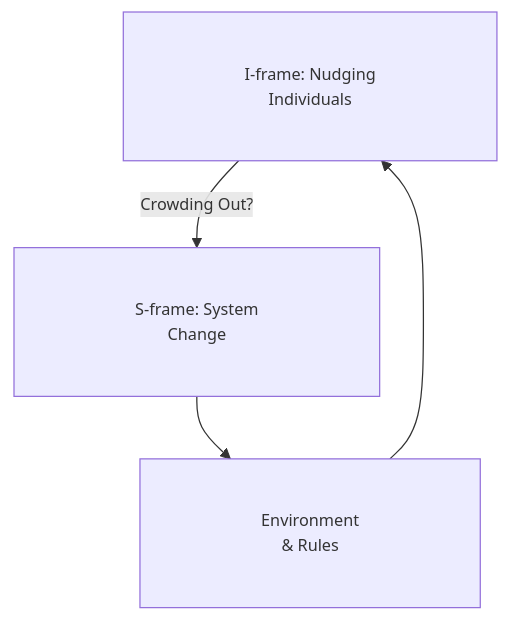
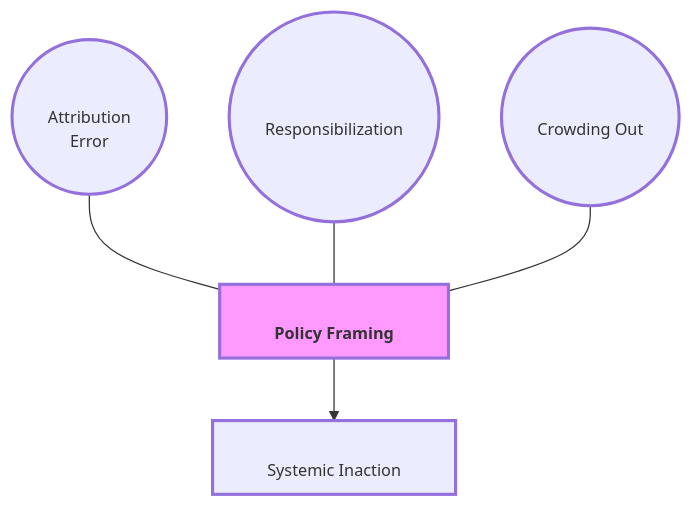
Before and after one commit to GM024/CourseSummaries: the sixth of 8 diagrams in Communication_Influence/Mastery_Guide_SOW_BS033.md, drawn with Mermaid. The commit also changed other lines of this file, not shown here.

Commit message:
Final Visual Overhaul: Sandbox padding, APA metadata, and thickened borders

````diff
--- a/Communication_Influence/Mastery_Guide_SOW_BS033.md
+++ b/Communication_Influence/Mastery_Guide_SOW_BS033.md
@@ -174,7 +153,14 @@
 ```mermaid
-%%{init: {'flowchart': {'padding': 40}, 'themeVariables': { 'fontSize': '13px' }}}%%
+%%{init: { 'flowchart': { 'padding': 10 }, 'themeVariables': { 'fontSize': '13px' }}}%%
 graph TD
-    I["&nbsp;&nbsp;&nbsp;&nbsp; I-frame: Nudging &nbsp;&nbsp;&nbsp;&nbsp;<br/>&nbsp;&nbsp;&nbsp;&nbsp; Individuals &nbsp;&nbsp;&nbsp;&nbsp;"] -- Crowding Out? --> S["&nbsp;&nbsp;&nbsp;&nbsp; S-frame: System &nbsp;&nbsp;&nbsp;&nbsp;<br/>&nbsp;&nbsp;&nbsp;&nbsp; Change &nbsp;&nbsp;&nbsp;&nbsp;"]
-    S --> Env["&nbsp;&nbsp;&nbsp;&nbsp; Environment &nbsp;&nbsp;&nbsp;&nbsp;<br/>&nbsp;&nbsp;&nbsp;&nbsp; & Rules &nbsp;&nbsp;&nbsp;&nbsp;"]
-    Env --> I
+    Hub["<br/>&nbsp;&nbsp;&nbsp;&nbsp;&nbsp;&nbsp; Policy Framing &nbsp;&nbsp;&nbsp;&nbsp;&nbsp;&nbsp;<br/>"]:::hubNode
+    
+    S1(("<br/>&nbsp;&nbsp;&nbsp;&nbsp;&nbsp;&nbsp; Attribution &nbsp;&nbsp;&nbsp;&nbsp;&nbsp;&nbsp;<br/>&nbsp;&nbsp;&nbsp;&nbsp;&nbsp;&nbsp; Error &nbsp;&nbsp;&nbsp;&nbsp;&nbsp;&nbsp;<br/>")) --- Hub
+    S2(("<br/>&nbsp;&nbsp;&nbsp;&nbsp;&nbsp;&nbsp; Responsibilization &nbsp;&nbsp;&nbsp;&nbsp;&nbsp;&nbsp;<br/>")) --- Hub
+    S3(("<br/>&nbsp;&nbsp;&nbsp;&nbsp;&nbsp;&nbsp; Crowding Out &nbsp;&nbsp;&nbsp;&nbsp;&nbsp;&nbsp;<br/>")) --- Hub
+    
+    Hub --> B1["<br/>&nbsp;&nbsp;&nbsp;&nbsp;&nbsp;&nbsp; Systemic Inaction &nbsp;&nbsp;&nbsp;&nbsp;&nbsp;&nbsp;<br/>"]
+    
+    classDef hubNode font-weight:bold,stroke-width:2.5px,fill:#f9f;
+    classDef default stroke-width:2.5px;
 ```
````
